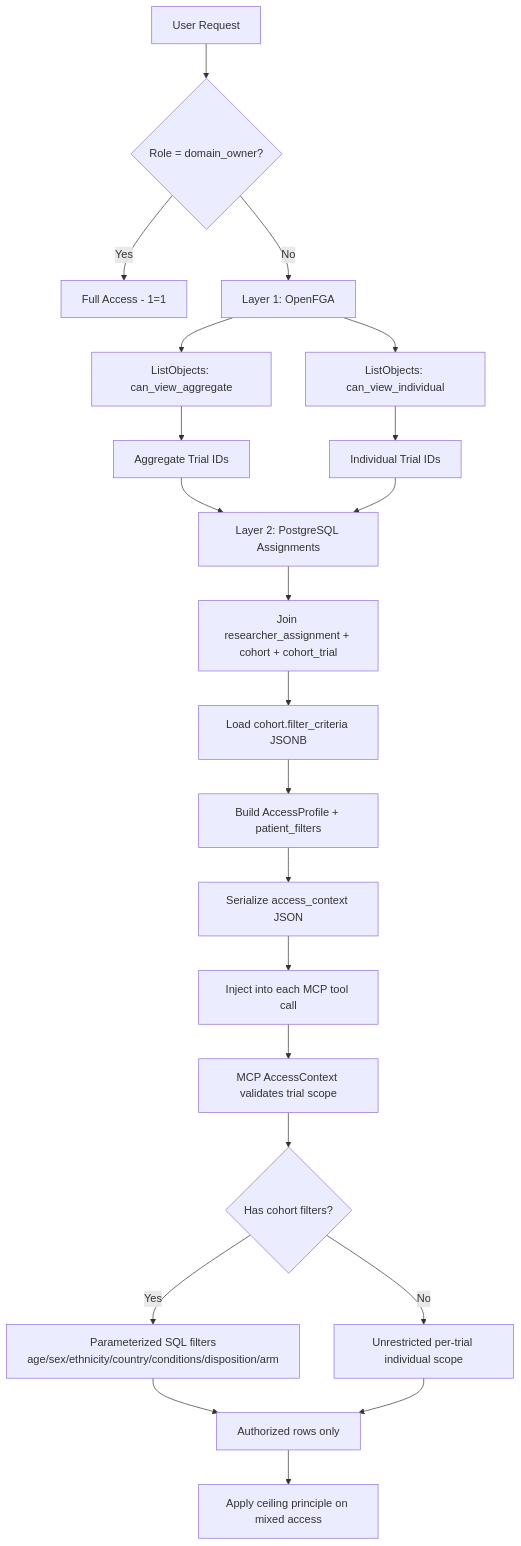
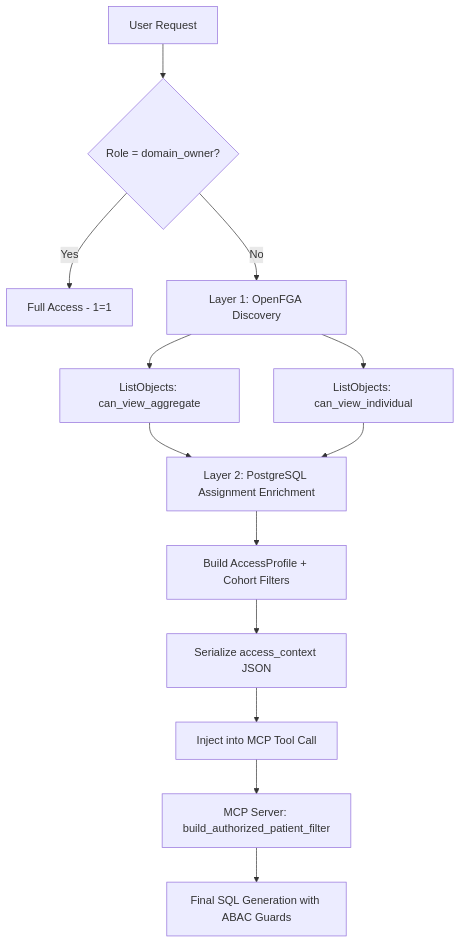
The sixth of 12 diagrams in README.md (danirodao/clinical-trail-agentic-platform), drawn with Mermaid before and after one commit. The commit also changed other lines of this file, not shown here.

Commit message:
docs: consolidate security architecture and access context documentation

````diff
--- a/README.md
+++ b/README.md
@@ -512,24 +481,14 @@
 ```mermaid
 flowchart TD
     A[User Request] --> B{Role = domain_owner?}
     B -->|Yes| C[Full Access - 1=1]
-  B -->|No| D[Layer 1: OpenFGA]
-  D --> E[ListObjects: can_view_aggregate]
-  D --> F[ListObjects: can_view_individual]
-  E --> G[Aggregate Trial IDs]
-  F --> H[Individual Trial IDs]
-  G --> I[Layer 2: PostgreSQL Assignments]
-  H --> I
-  I --> J[Join researcher_assignment + cohort + cohort_trial]
-  J --> K[Load cohort.filter_criteria JSONB]
-  K --> L[Build AccessProfile + patient_filters]
-  L --> M[Serialize access_context JSON]
-  M --> N[Inject into each MCP tool call]
-  N --> O[MCP AccessContext validates trial scope]
-  O --> P{Has cohort filters?}
-  P -->|Yes| Q[Parameterized SQL filters<br/>age/sex/ethnicity/country/conditions/disposition/arm]
-  P -->|No| R[Unrestricted per-trial individual scope]
-  Q --> S[Authorized rows only]
-  R --> S
-  S --> T[Apply ceiling principle on mixed access]
+    B -->|No| D[Layer 1: OpenFGA Discovery]
+    D --> E[ListObjects: can_view_aggregate]
+    D --> F[ListObjects: can_view_individual]
+    E & F --> G[Layer 2: PostgreSQL Assignment Enrichment]
+    G --> H[Build AccessProfile + Cohort Filters]
+    H --> I[Serialize access_context JSON]
+    I --> J[Inject into MCP Tool Call]
+    J --> K[MCP Server: build_authorized_patient_filter]
+    K --> L[Final SQL Generation with ABAC Guards]
 ```
````
